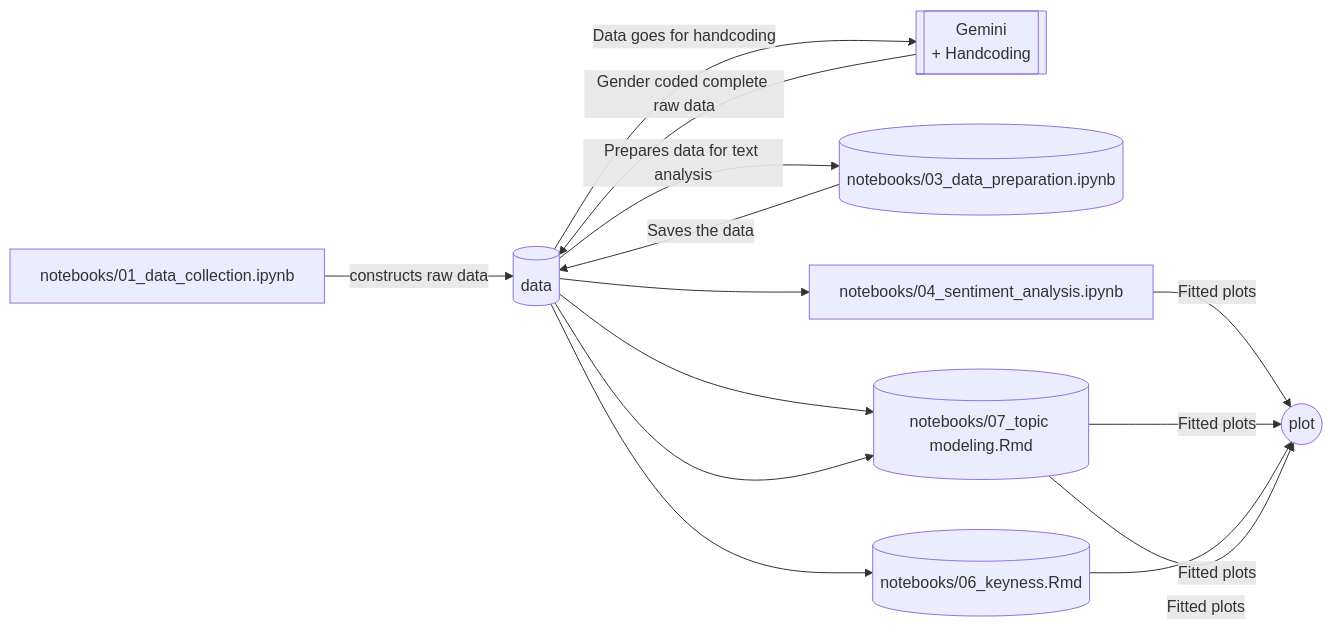
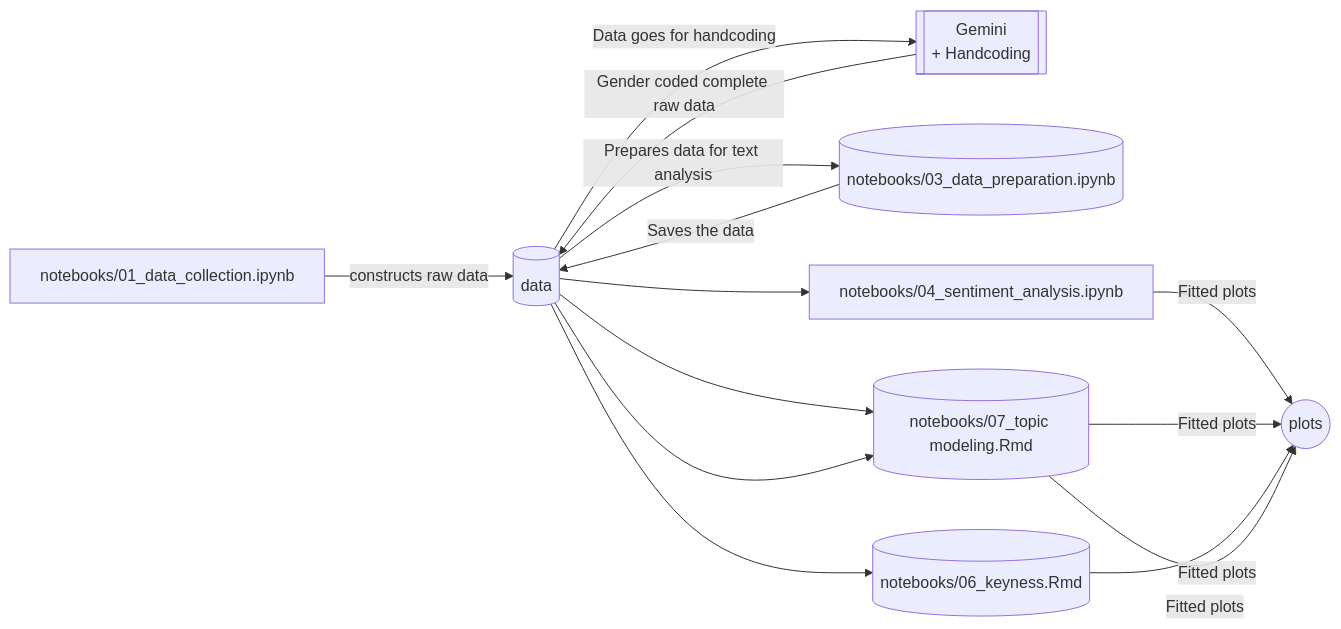
The diagram in README.md (TAD600/Audience_Discourse_Gender_Stereotype), drawn with Mermaid before and after one commit.

Commit message:
Fix pluralization of 'plot' to 'plots' in README
Updated README to correct pluralization of 'plots'.

````diff
--- a/README.md
+++ b/README.md
@@ -9,17 +9,17 @@
 ```mermaid
 flowchart LR
     A[notebooks/01_data_collection.ipynb] -->|constructs raw data| B[(data)]
     B -->|Data goes for handcoding| C[[Gemini\n + Handcoding]]
     C -->|Gender coded complete raw data|B
     B -->|Prepares data for text analysis| D[(notebooks/03_data_preparation.ipynb)]
     D -->|Saves the data|B
     B --> E[notebooks/04_sentiment_analysis.ipynb]
-    E -->|Fitted plots| F((plot))
+    E -->|Fitted plots| F((plots))
     B --> G[notebooks/05_exploratory analysis.Rmd]
-    G -->|Fitted plots| F((plot))
+    G -->|Fitted plots| F((plots))
     B --> H[(notebooks/06_keyness.Rmd)]
-    H --> |Fitted plots| F((plot))
+    H --> |Fitted plots| F((plots))
     B --> G[(notebooks/07_topic modeling.Rmd)]
-    G --> |Fitted plots| F((plot))
+    G --> |Fitted plots| F((plots))
 
 ```
````
